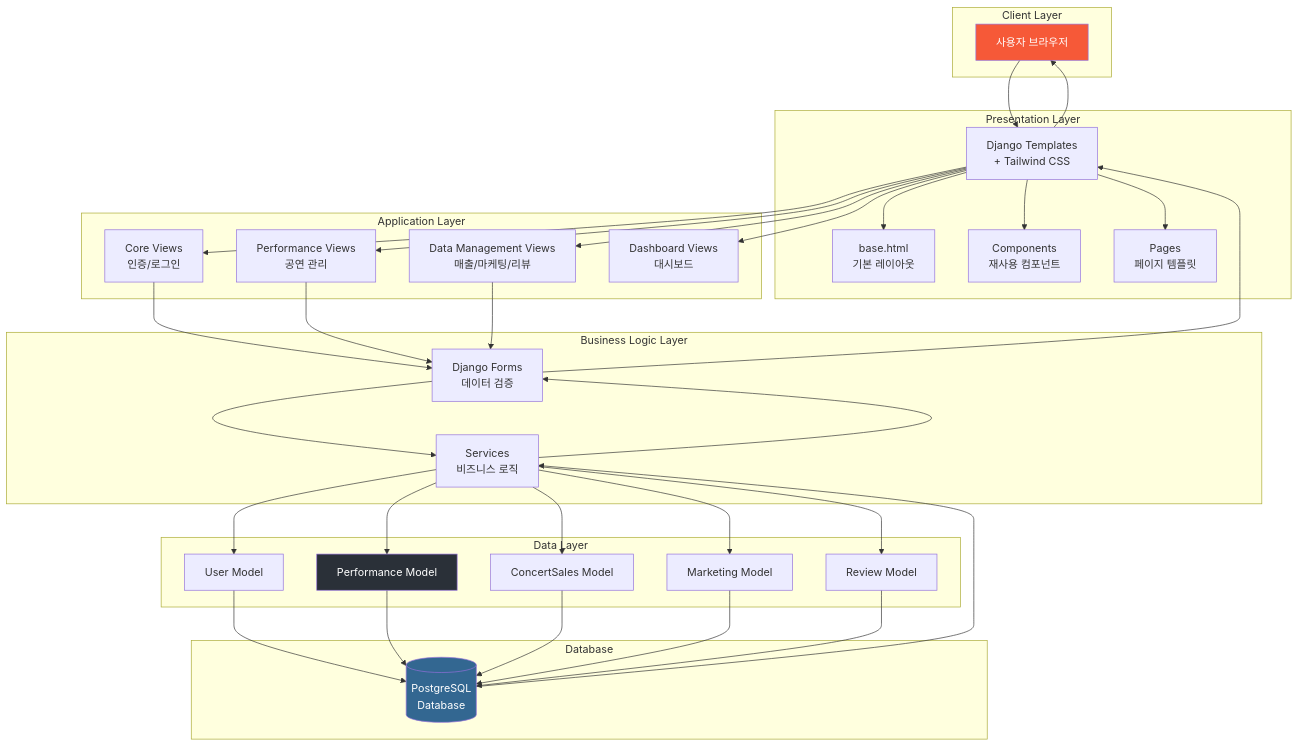
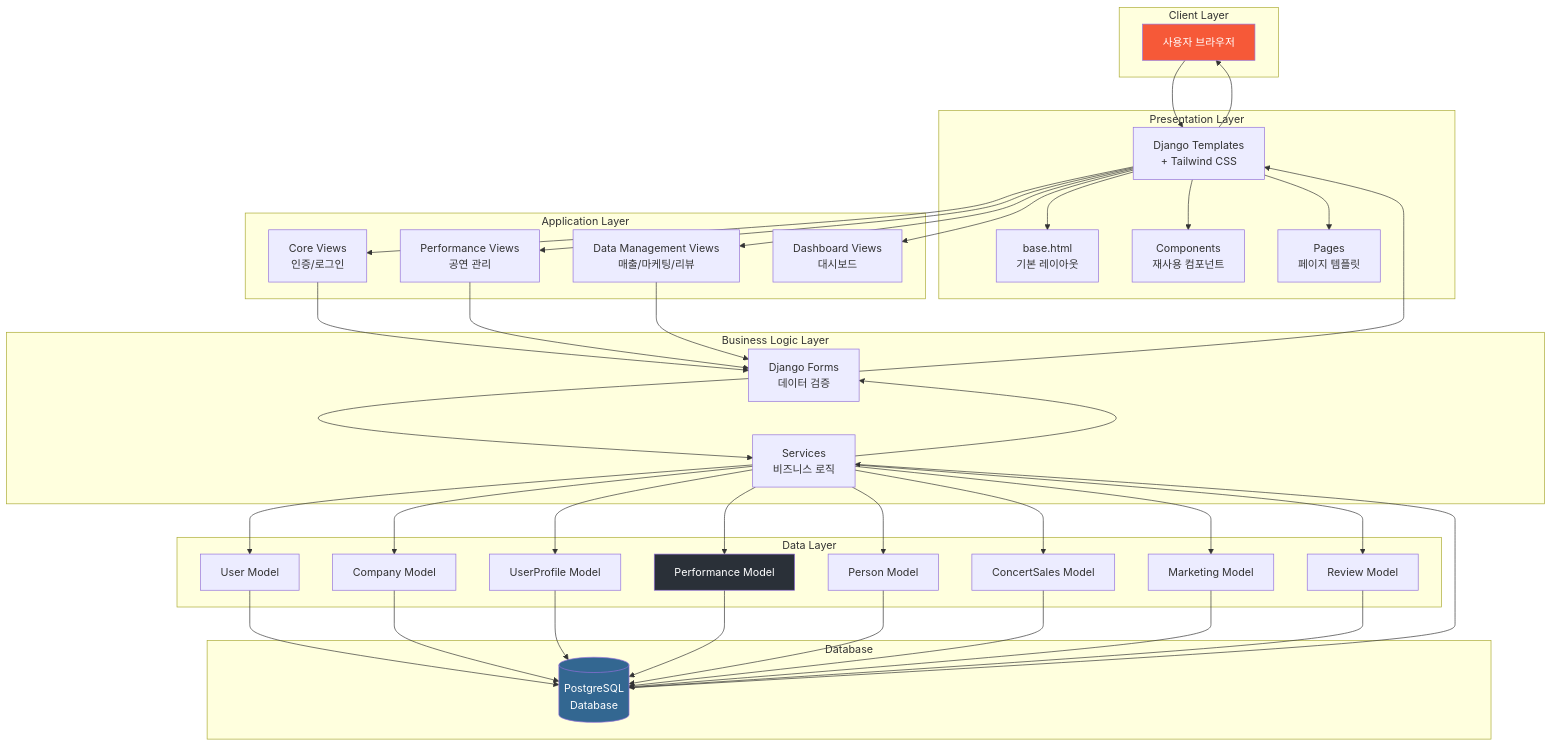
The first of 4 diagrams in docs/development-guide.md (jwlee-ticket/library_ai), drawn with Mermaid before and after one commit. The commit also changed other lines of this file and 2 other files, not shown here.

````diff
--- a/docs/development-guide.md
+++ b/docs/development-guide.md
@@ -303,73 +309,82 @@
 ```mermaid
 graph TB
     subgraph "Client Layer"
         User[사용자 브라우저]
     end
     
     subgraph "Presentation Layer"
         Templates[Django Templates<br/>+ Tailwind CSS]
         Base[base.html<br/>기본 레이아웃]
         Components[Components<br/>재사용 컴포넌트]
         Pages[Pages<br/>페이지 템플릿]
         
         Templates --> Base
         Templates --> Components
         Templates --> Pages
     end
     
     subgraph "Application Layer"
         CoreViews[Core Views<br/>인증/로그인]
         PerfViews[Performance Views<br/>공연 관리]
         DataViews[Data Management Views<br/>매출/마케팅/리뷰]
         DashViews[Dashboard Views<br/>대시보드]
     end
     
     subgraph "Business Logic Layer"
         Forms[Django Forms<br/>데이터 검증]
         Services[Services<br/>비즈니스 로직]
     end
     
     subgraph "Data Layer"
         UserModel[User Model]
+        CompanyModel[Company Model]
+        UserProfileModel[UserProfile Model]
         PerfModel[Performance Model]
+        PersonModel[Person Model]
         SalesModel[ConcertSales Model]
         MarketingModel[Marketing Model]
         ReviewModel[Review Model]
     end
     
     subgraph "Database"
         PostgreSQL[(PostgreSQL<br/>Database)]
     end
     
     User --> Templates
     Templates --> CoreViews
     Templates --> PerfViews
     Templates --> DataViews
     Templates --> DashViews
     
     CoreViews --> Forms
     PerfViews --> Forms
     DataViews --> Forms
     
     Forms --> Services
     Services --> UserModel
+    Services --> CompanyModel
+    Services --> UserProfileModel
     Services --> PerfModel
+    Services --> PersonModel
     Services --> SalesModel
     Services --> MarketingModel
     Services --> ReviewModel
     
     UserModel --> PostgreSQL
+    CompanyModel --> PostgreSQL
+    UserProfileModel --> PostgreSQL
     PerfModel --> PostgreSQL
+    PersonModel --> PostgreSQL
     SalesModel --> PostgreSQL
     MarketingModel --> PostgreSQL
     ReviewModel --> PostgreSQL
     
     PostgreSQL --> Services
     Services --> Forms
     Forms --> Templates
     Templates --> User
     
     style User fill:#f65938,color:#fff
     style PostgreSQL fill:#336791,color:#fff
     style PerfModel fill:#2a3038,color:#fff
 ```
````
